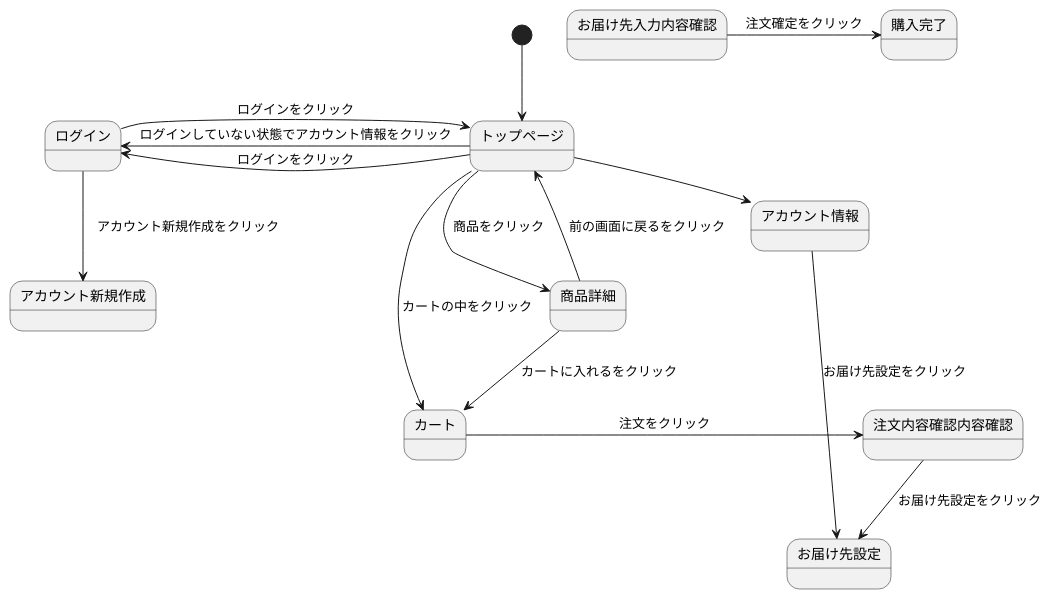
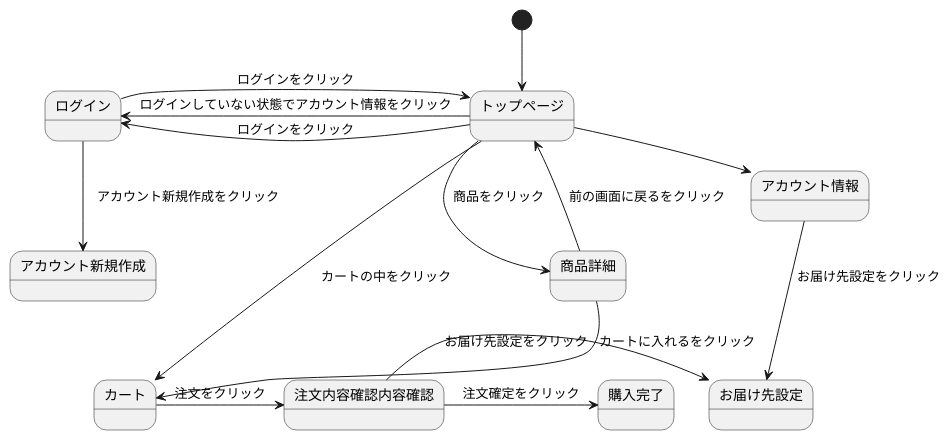
The diagram in sumple_01.md (Aso2001133/2021sys-design), drawn with PlantUML before and after one commit.

````diff
--- a/sumple_01.md
+++ b/sumple_01.md
@@ -1,31 +1,31 @@
 ```uml
 @startuml
 [*] --> トップページ 
 
 トップページ -> アカウント情報 : アカウント情報クリック 
 
 トップページ -left-> ログイン : ログインをクリック
 
 トップページ -left-> ログイン : ログインしていない状態でアカウント情報をクリック
 
 トップページ --> 商品詳細 : 商品をクリック 
 
 トップページ --> カート : カートの中をクリック 
 
 ログイン -> トップページ : ログインをクリック
 
 ログイン --> アカウント新規作成 :　アカウント新規作成をクリック
 
 アカウント情報 --> お届け先設定 : お届け先設定をクリック 
 
 商品詳細 --> カート : カートに入れるをクリック 
 
 商品詳細 --> トップページ : 前の画面に戻るをクリック 
 
 カート -> 注文内容確認内容確認 : 注文をクリック 
 
-注文内容確認内容確認 --> お届け先設定 : お届け先設定をクリック 
+注文内容確認内容確認 -> お届け先設定 : お届け先設定をクリック 
 
-お届け先入力内容確認 -> 購入完了 : 注文確定をクリック 
+注文内容確認内容確認 -> 購入完了 : 注文確定をクリック 
 @enduml
 ```
````
